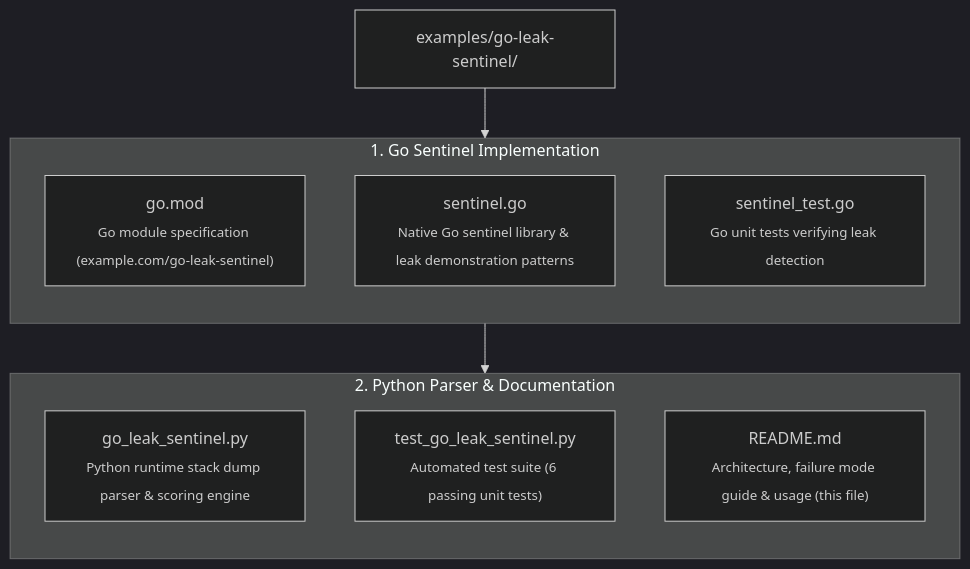
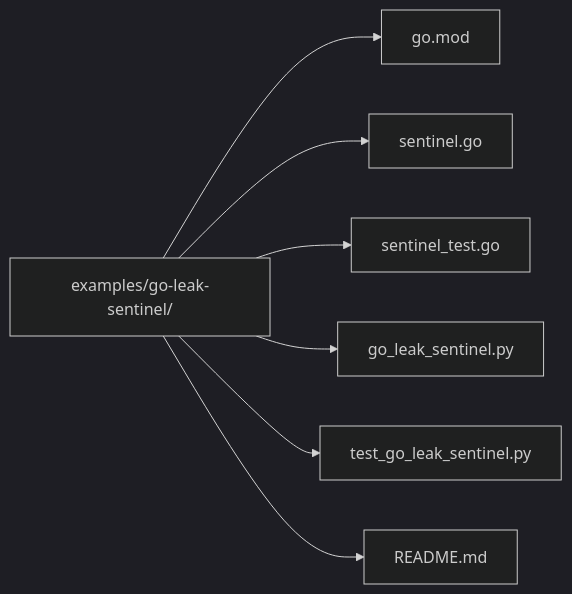
One commit to dan-petty/vibes changed the second of 2 diagrams in examples/go-leak-sentinel/README.md. Above: the diagram before and after it, drawn with Mermaid (dark theme). The commit also changed other lines of this file and 6 other files, not shown here.

````diff
--- a/examples/go-leak-sentinel/README.md
+++ b/examples/go-leak-sentinel/README.md
@@ -100,21 +100,10 @@
 ```mermaid
-flowchart TD
+flowchart LR
     Root["examples/go-leak-sentinel/"]
-
-    subgraph GoPkg["1. Go Sentinel Implementation"]
-        direction TB
-        F_Mod["go.mod<br><sub>Go module specification (example.com/go-leak-sentinel)</sub>"]
-        F_Go["sentinel.go<br><sub>Native Go sentinel library & leak demonstration patterns</sub>"]
-        F_GoTest["sentinel_test.go<br><sub>Go unit tests verifying leak detection</sub>"]
-    end
-
-    subgraph PyPkg["2. Python Parser & Documentation"]
-        direction TB
-        F_Py["go_leak_sentinel.py<br><sub>Python runtime stack dump parser & scoring engine</sub>"]
-        F_PyTest["test_go_leak_sentinel.py<br><sub>Automated test suite (6 passing unit tests)</sub>"]
-        F_Readme["README.md<br><sub>Architecture, failure mode guide & usage (this file)</sub>"]
-    end
-
-    Root --> GoPkg
-    GoPkg --> PyPkg
+    Root --> F1["go.mod"]
+    Root --> F2["sentinel.go"]
+    Root --> F3["sentinel_test.go"]
+    Root --> F4["go_leak_sentinel.py"]
+    Root --> F5["test_go_leak_sentinel.py"]
+    Root --> F6["README.md"]
 ```
````
